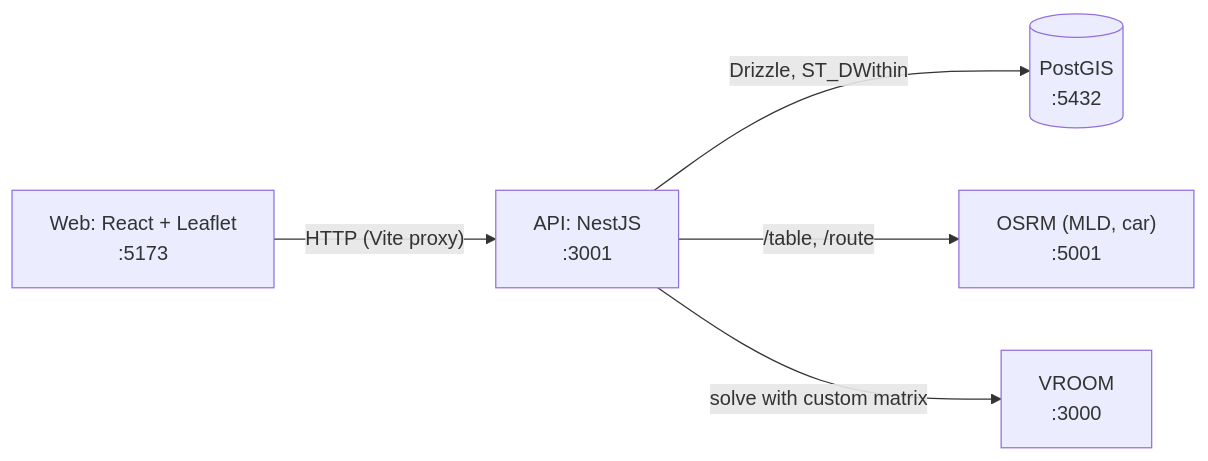
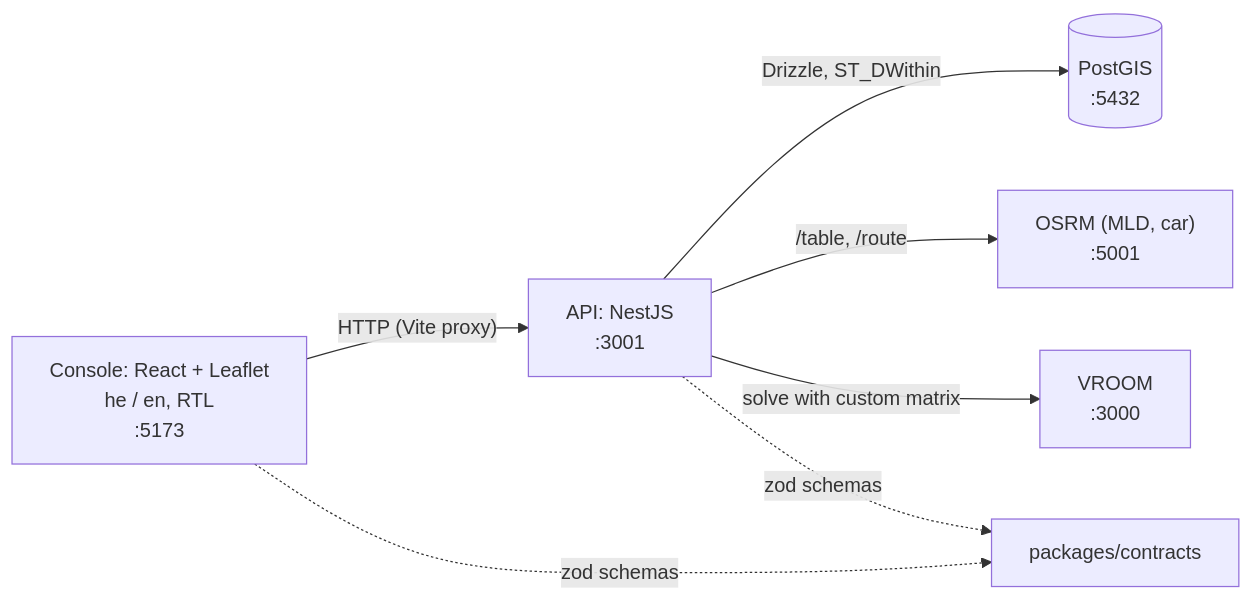
Before and after one commit to raday146/shibutz: the diagram in README.md, drawn with Mermaid. The commit also changed other lines of this file and 8 other files, not shown here.

````diff
--- a/README.md
+++ b/README.md
@@ -14,7 +40,9 @@
 ```mermaid
 flowchart LR
-    Web["Web: React + Leaflet<br/>:5173"] -->|"HTTP (Vite proxy)"| API["API: NestJS<br/>:3001"]
+    Web["Console: React + Leaflet<br/>he / en, RTL<br/>:5173"] -->|"HTTP (Vite proxy)"| API["API: NestJS<br/>:3001"]
     API -->|"Drizzle, ST_DWithin"| DB[("PostGIS<br/>:5432")]
     API -->|"/table, /route"| OSRM["OSRM (MLD, car)<br/>:5001"]
     API -->|"solve with custom matrix"| VROOM["VROOM<br/>:3000"]
+    Web -.->|"zod schemas"| Contracts["packages/contracts"]
+    API -.->|"zod schemas"| Contracts
 ```
````
